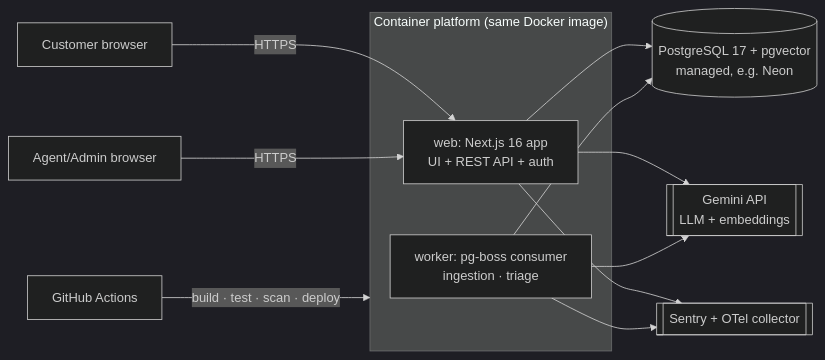
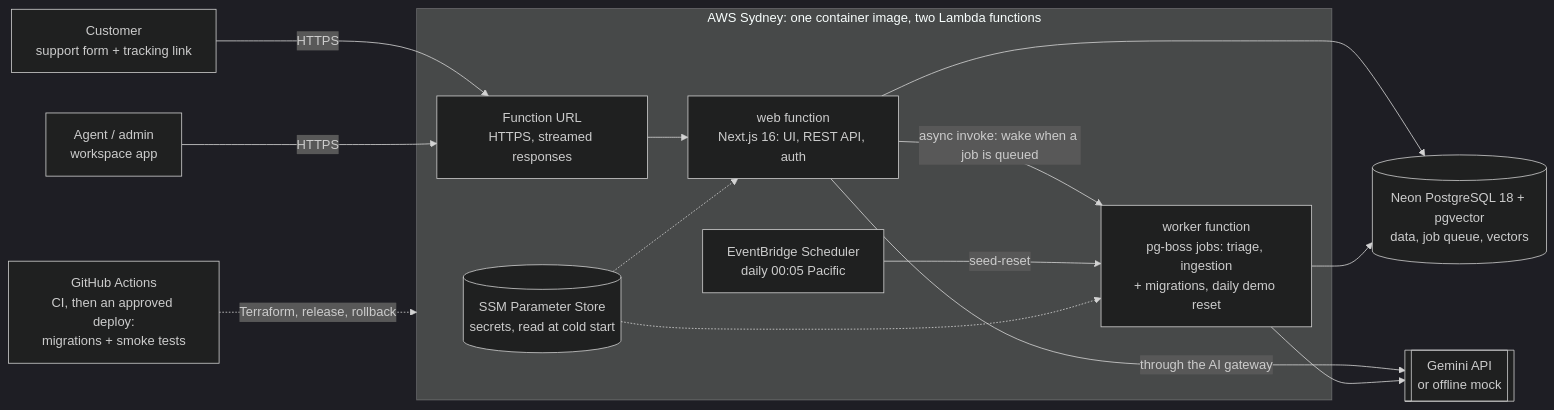
The first of 3 diagrams in docs/02-architecture.md (HamayunKhan800/supportpilot), drawn with Mermaid (dark theme) before and after one commit. The commit also changed other lines of this file and 1 other file, not shown here.

Commit message:
docs(architecture): diagram and topology for the AWS deployment
The README and docs/02 system diagrams now show what runs: a Function URL, the web and
worker Lambda functions from one image, the async wake, EventBridge Scheduler, SSM, Neon
PostgreSQL 18, Gemini and the GitHub Actions release path (rendered with Mermaid 11 to
check the syntax). docs/02 section 7 points to ADR-0021. M9 step 3.

````diff
--- a/docs/02-architecture.md
+++ b/docs/02-architecture.md
@@ -7,16 +7,21 @@
 ```mermaid
 flowchart LR
-  C[Customer browser] -->|HTTPS| APP
-  AG[Agent/Admin browser] -->|HTTPS| APP
-  subgraph Host["Container platform (same Docker image)"]
-    APP["web: Next.js 16 app<br/>UI + REST API + auth"]
-    WK["worker: pg-boss consumer<br/>ingestion · triage"]
+  CU["Customer<br/>support form + tracking link"] -->|HTTPS| FURL
+  AG["Agent / admin<br/>workspace app"] -->|HTTPS| FURL
+  subgraph AWS["AWS Sydney: one container image, two Lambda functions"]
+    FURL["Function URL<br/>HTTPS, streamed responses"] --> WEB
+    WEB["web function<br/>Next.js 16: UI, REST API, auth"]
+    WK["worker function<br/>pg-boss jobs: triage, ingestion<br/>+ migrations, daily demo reset"]
+    SCH["EventBridge Scheduler<br/>daily 00:05 Pacific"]
+    SSM[("SSM Parameter Store<br/>secrets, read at cold start")]
   end
-  APP --> DB[(PostgreSQL 17 + pgvector<br/>managed, e.g. Neon)]
+  WEB -->|"async invoke: wake when a job is queued"| WK
+  SCH -->|seed-reset| WK
+  SSM -.-> WEB
+  SSM -.-> WK
+  WEB --> DB[("Neon PostgreSQL 18 + pgvector<br/>data, job queue, vectors")]
   WK --> DB
-  APP --> AI[[Gemini API<br/>LLM + embeddings]]
-  WK --> AI
-  APP --> OBS[[Sentry + OTel collector]]
-  WK --> OBS
-  GH[GitHub Actions] -->|build · test · scan · deploy| Host
+  WEB -->|"through the AI gateway"| LLM[["Gemini API<br/>or offline mock"]]
+  WK --> LLM
+  GH["GitHub Actions<br/>CI, then an approved deploy:<br/>migrations + smoke tests"] -.->|"Terraform, release, rollback"| AWS
 ```
````
